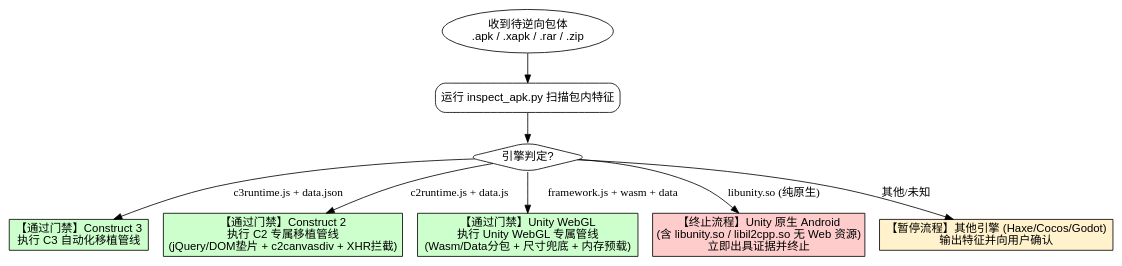
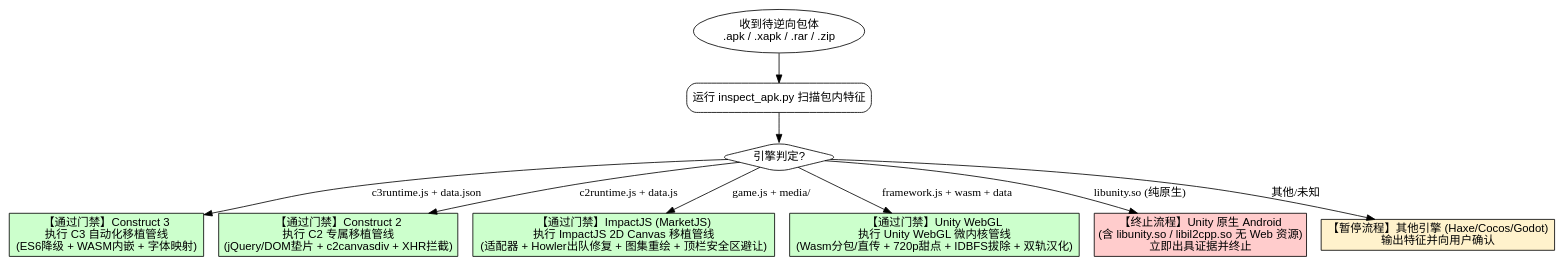
Before and after one commit to Siran1994/REBench: the diagram in .agents/skills/apk-re-to-minigame/SKILL.md, drawn with Graphviz. The commit also changed other lines of this file and 1821 other files, not shown here.

````diff
--- a/.agents/skills/apk-re-to-minigame/SKILL.md
+++ b/.agents/skills/apk-re-to-minigame/SKILL.md
@@ -28,23 +43,25 @@
 ```dot
 digraph engine_decision_flow {
     node [shape=box, style=rounded, fontname="Arial"];
     
     Start [label="收到待逆向包体\n.apk / .xapk / .rar / .zip", shape=ellipse];
     Inspect [label="运行 inspect_apk.py 扫描包内特征"];
     EngineCheck [label="引擎判定?", shape=diamond];
     
-    C3Port [label="【通过门禁】Construct 3\n执行 C3 自动化移植管线", style="filled", fillcolor="#ccffcc"];
+    C3Port [label="【通过门禁】Construct 3\n执行 C3 自动化移植管线\n(ES6降级 + WASM内嵌 + 字体映射)", style="filled", fillcolor="#ccffcc"];
     C2Port [label="【通过门禁】Construct 2\n执行 C2 专属移植管线\n(jQuery/DOM垫片 + c2canvasdiv + XHR拦截)", style="filled", fillcolor="#ccffcc"];
-    UnityWebGLPort [label="【通过门禁】Unity WebGL\n执行 Unity WebGL 专属管线\n(Wasm/Data分包 + 尺寸兜底 + 内存预载)", style="filled", fillcolor="#ccffcc"];
+    ImpactPort [label="【通过门禁】ImpactJS (MarketJS)\n执行 ImpactJS 2D Canvas 移植管线\n(适配器 + Howler出队修复 + 图集重绘 + 顶栏安全区避让)", style="filled", fillcolor="#ccffcc"];
+    UnityWebGLPort [label="【通过门禁】Unity WebGL\n执行 Unity WebGL 微内核管线\n(Wasm分包/直传 + 720p甜点 + IDBFS拔除 + 双轨汉化)", style="filled", fillcolor="#ccffcc"];
     UnityNativeAbort [label="【终止流程】Unity 原生 Android\n(含 libunity.so / libil2cpp.so 无 Web 资源)\n立即出具证据并终止", style="filled", fillcolor="#ffcccc"];
     OtherPause [label="【暂停流程】其他引擎 (Haxe/Cocos/Godot)\n输出特征并向用户确认", style="filled", fillcolor="#fff2cc"];
     
     Start -> Inspect;
     Inspect -> EngineCheck;
     EngineCheck -> C3Port [label="c3runtime.js + data.json"];
     EngineCheck -> C2Port [label="c2runtime.js + data.js"];
+    EngineCheck -> ImpactPort [label="game.js + media/"];
     EngineCheck -> UnityWebGLPort [label="framework.js + wasm + data"];
     EngineCheck -> UnityNativeAbort [label="libunity.so (纯原生)"];
     EngineCheck -> OtherPause [label="其他/未知"];
 }
 ```
````
